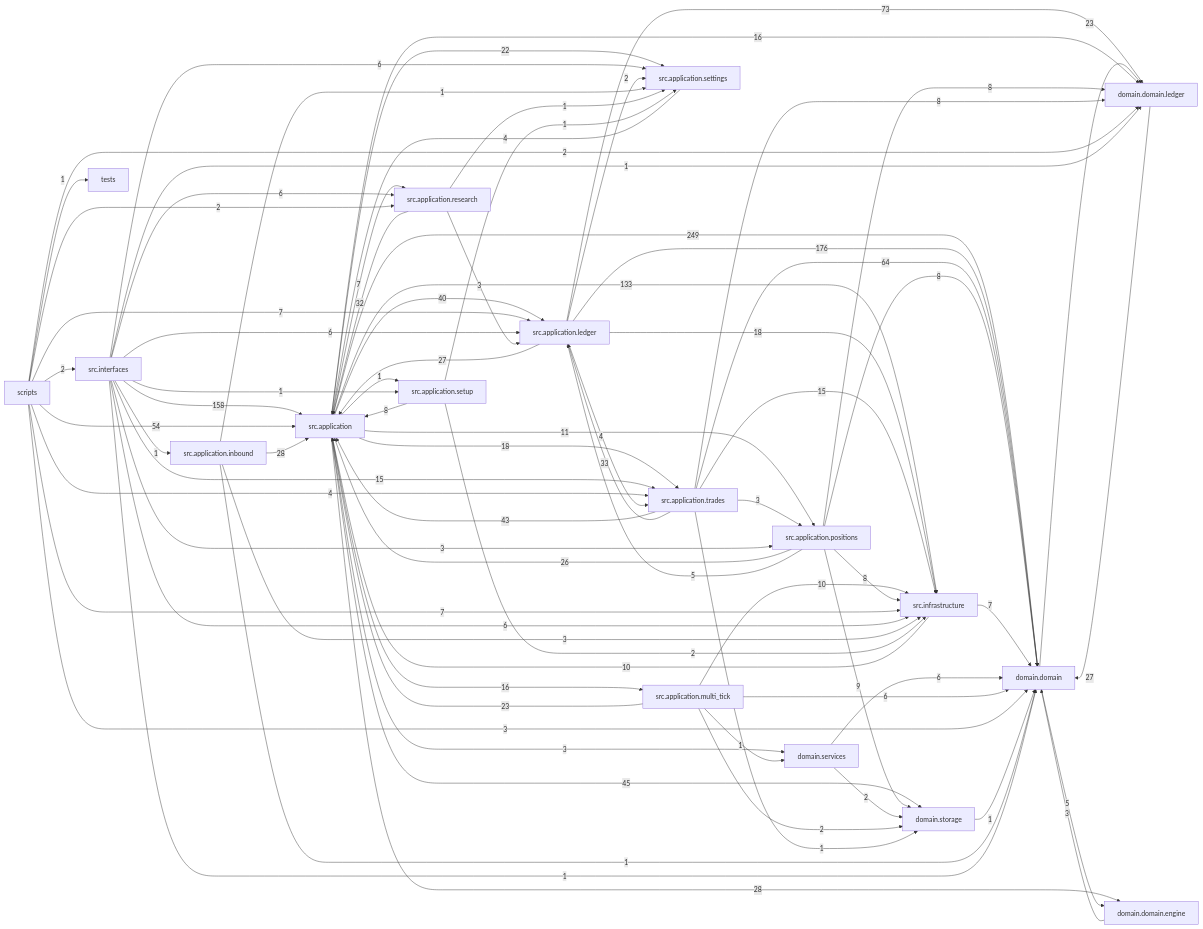
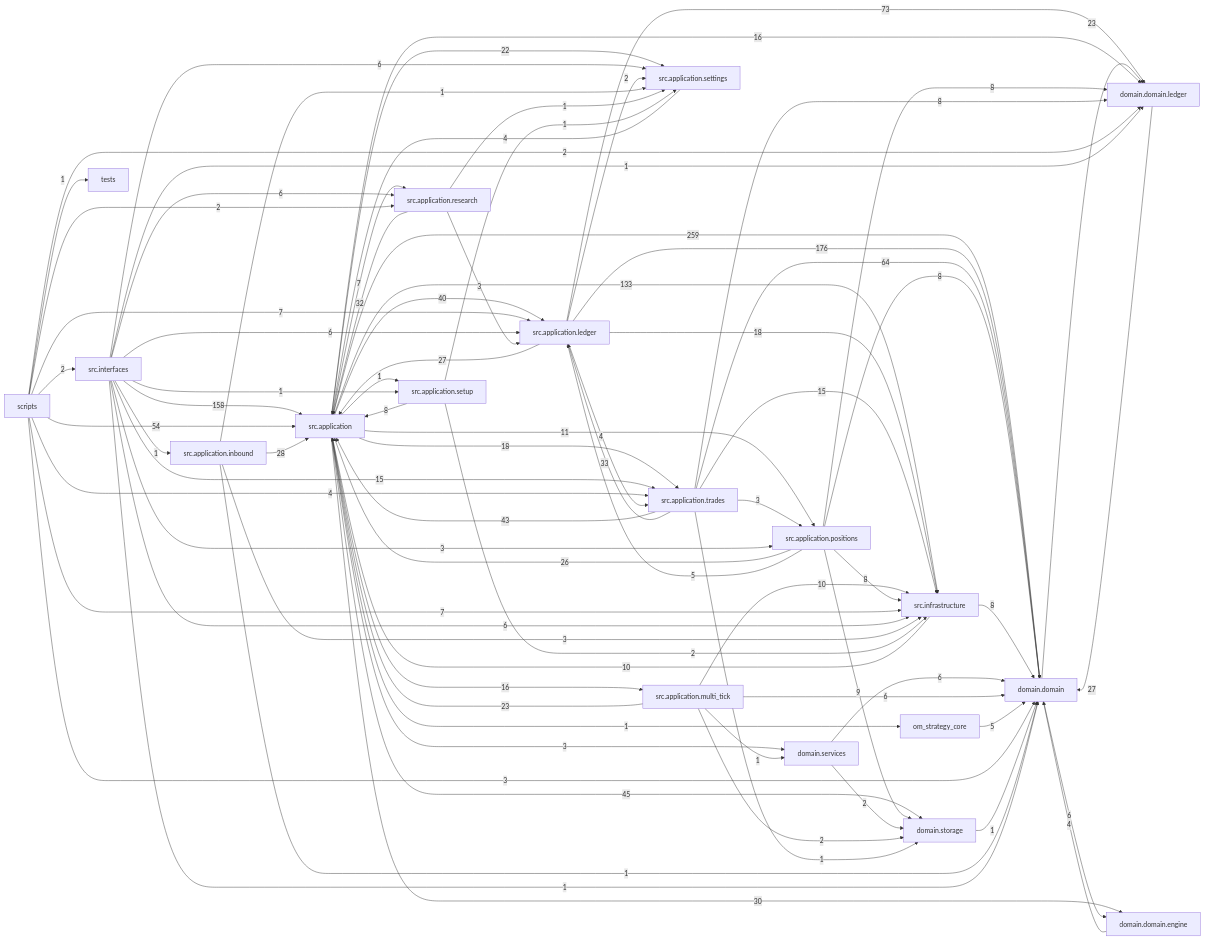
Before and after one commit to liuxie066/options-monitor: the diagram in docs/dependency_graph.mmd, drawn with Mermaid. The commit also changed 24 other files, not shown here.

```diff
--- a/docs/dependency_graph.mmd
+++ b/docs/dependency_graph.mmd
@@ -1,78 +1,80 @@
 flowchart LR
-  src_application["src.application"] -->|249| domain_domain["domain.domain"]
+  src_application["src.application"] -->|259| domain_domain["domain.domain"]
   src_application_ledger["src.application.ledger"] -->|176| domain_domain["domain.domain"]
   src_interfaces["src.interfaces"] -->|158| src_application["src.application"]
   src_application["src.application"] -->|133| src_infrastructure["src.infrastructure"]
   src_application_ledger["src.application.ledger"] -->|73| domain_domain_ledger["domain.domain.ledger"]
   src_application_trades["src.application.trades"] -->|64| domain_domain["domain.domain"]
   scripts["scripts"] -->|54| src_application["src.application"]
   src_application["src.application"] -->|45| domain_storage["domain.storage"]
   src_application_trades["src.application.trades"] -->|43| src_application["src.application"]
   src_application["src.application"] -->|40| src_application_ledger["src.application.ledger"]
   src_application_trades["src.application.trades"] -->|33| src_application_ledger["src.application.ledger"]
   src_application_research["src.application.research"] -->|32| src_application["src.application"]
-  src_application["src.application"] -->|28| domain_domain_engine["domain.domain.engine"]
+  src_application["src.application"] -->|30| domain_domain_engine["domain.domain.engine"]
   src_application_inbound["src.application.inbound"] -->|28| src_application["src.application"]
   domain_domain_ledger["domain.domain.ledger"] -->|27| domain_domain["domain.domain"]
   src_application_ledger["src.application.ledger"] -->|27| src_application["src.application"]
   src_application_positions["src.application.positions"] -->|26| src_application["src.application"]
   domain_domain["domain.domain"] -->|23| domain_domain_ledger["domain.domain.ledger"]
   src_application_multi_tick["src.application.multi_tick"] -->|23| src_application["src.application"]
   src_application["src.application"] -->|22| src_application_settings["src.application.settings"]
   src_application["src.application"] -->|18| src_application_trades["src.application.trades"]
   src_application_ledger["src.application.ledger"] -->|18| src_infrastructure["src.infrastructure"]
   src_application["src.application"] -->|16| domain_domain_ledger["domain.domain.ledger"]
   src_application["src.application"] -->|16| src_application_multi_tick["src.application.multi_tick"]
   src_application_trades["src.application.trades"] -->|15| src_infrastructure["src.infrastructure"]
   src_interfaces["src.interfaces"] -->|15| src_application_trades["src.application.trades"]
   src_application["src.application"] -->|11| src_application_positions["src.application.positions"]
   src_application_multi_tick["src.application.multi_tick"] -->|10| src_infrastructure["src.infrastructure"]
   src_infrastructure["src.infrastructure"] -->|10| src_application["src.application"]
   src_application_positions["src.application.positions"] -->|9| domain_storage["domain.storage"]
   src_application_positions["src.application.positions"] -->|8| domain_domain["domain.domain"]
   src_application_positions["src.application.positions"] -->|8| domain_domain_ledger["domain.domain.ledger"]
   src_application_positions["src.application.positions"] -->|8| src_infrastructure["src.infrastructure"]
   src_application_setup["src.application.setup"] -->|8| src_application["src.application"]
   src_application_trades["src.application.trades"] -->|8| domain_domain_ledger["domain.domain.ledger"]
+  src_infrastructure["src.infrastructure"] -->|8| domain_domain["domain.domain"]
   scripts["scripts"] -->|7| src_application_ledger["src.application.ledger"]
   scripts["scripts"] -->|7| src_infrastructure["src.infrastructure"]
   src_application["src.application"] -->|7| src_application_research["src.application.research"]
-  src_infrastructure["src.infrastructure"] -->|7| domain_domain["domain.domain"]
+  domain_domain["domain.domain"] -->|6| domain_domain_engine["domain.domain.engine"]
   domain_services["domain.services"] -->|6| domain_domain["domain.domain"]
   src_application_multi_tick["src.application.multi_tick"] -->|6| domain_domain["domain.domain"]
   src_interfaces["src.interfaces"] -->|6| src_application_ledger["src.application.ledger"]
   src_interfaces["src.interfaces"] -->|6| src_application_research["src.application.research"]
   src_interfaces["src.interfaces"] -->|6| src_application_settings["src.application.settings"]
   src_interfaces["src.interfaces"] -->|6| src_infrastructure["src.infrastructure"]
-  domain_domain["domain.domain"] -->|5| domain_domain_engine["domain.domain.engine"]
+  om_strategy_core["om_strategy_core"] -->|5| domain_domain["domain.domain"]
   src_application_positions["src.application.positions"] -->|5| src_application_ledger["src.application.ledger"]
+  domain_domain_engine["domain.domain.engine"] -->|4| domain_domain["domain.domain"]
   scripts["scripts"] -->|4| src_application_trades["src.application.trades"]
   src_application_ledger["src.application.ledger"] -->|4| src_application_trades["src.application.trades"]
   src_application_settings["src.application.settings"] -->|4| src_application["src.application"]
-  domain_domain_engine["domain.domain.engine"] -->|3| domain_domain["domain.domain"]
   scripts["scripts"] -->|3| domain_domain["domain.domain"]
   src_application["src.application"] -->|3| domain_services["domain.services"]
   src_application_inbound["src.application.inbound"] -->|3| src_infrastructure["src.infrastructure"]
   src_application_research["src.application.research"] -->|3| src_application_ledger["src.application.ledger"]
   src_application_trades["src.application.trades"] -->|3| src_application_positions["src.application.positions"]
   src_interfaces["src.interfaces"] -->|3| src_application_positions["src.application.positions"]
   domain_services["domain.services"] -->|2| domain_storage["domain.storage"]
   scripts["scripts"] -->|2| domain_domain_ledger["domain.domain.ledger"]
   scripts["scripts"] -->|2| src_application_research["src.application.research"]
   scripts["scripts"] -->|2| src_interfaces["src.interfaces"]
   src_application_ledger["src.application.ledger"] -->|2| src_application_settings["src.application.settings"]
   src_application_multi_tick["src.application.multi_tick"] -->|2| domain_storage["domain.storage"]
   src_application_setup["src.application.setup"] -->|2| src_infrastructure["src.infrastructure"]
   domain_storage["domain.storage"] -->|1| domain_domain["domain.domain"]
   scripts["scripts"] -->|1| tests["tests"]
+  src_application["src.application"] -->|1| om_strategy_core["om_strategy_core"]
   src_application["src.application"] -->|1| src_application_setup["src.application.setup"]
   src_application_inbound["src.application.inbound"] -->|1| domain_domain["domain.domain"]
   src_application_inbound["src.application.inbound"] -->|1| src_application_settings["src.application.settings"]
   src_application_multi_tick["src.application.multi_tick"] -->|1| domain_services["domain.services"]
   src_application_research["src.application.research"] -->|1| src_application_settings["src.application.settings"]
   src_application_setup["src.application.setup"] -->|1| src_application_settings["src.application.settings"]
   src_application_trades["src.application.trades"] -->|1| domain_storage["domain.storage"]
   src_interfaces["src.interfaces"] -->|1| domain_domain["domain.domain"]
   src_interfaces["src.interfaces"] -->|1| domain_domain_ledger["domain.domain.ledger"]
   src_interfaces["src.interfaces"] -->|1| src_application_inbound["src.application.inbound"]
   src_interfaces["src.interfaces"] -->|1| src_application_setup["src.application.setup"]
```
